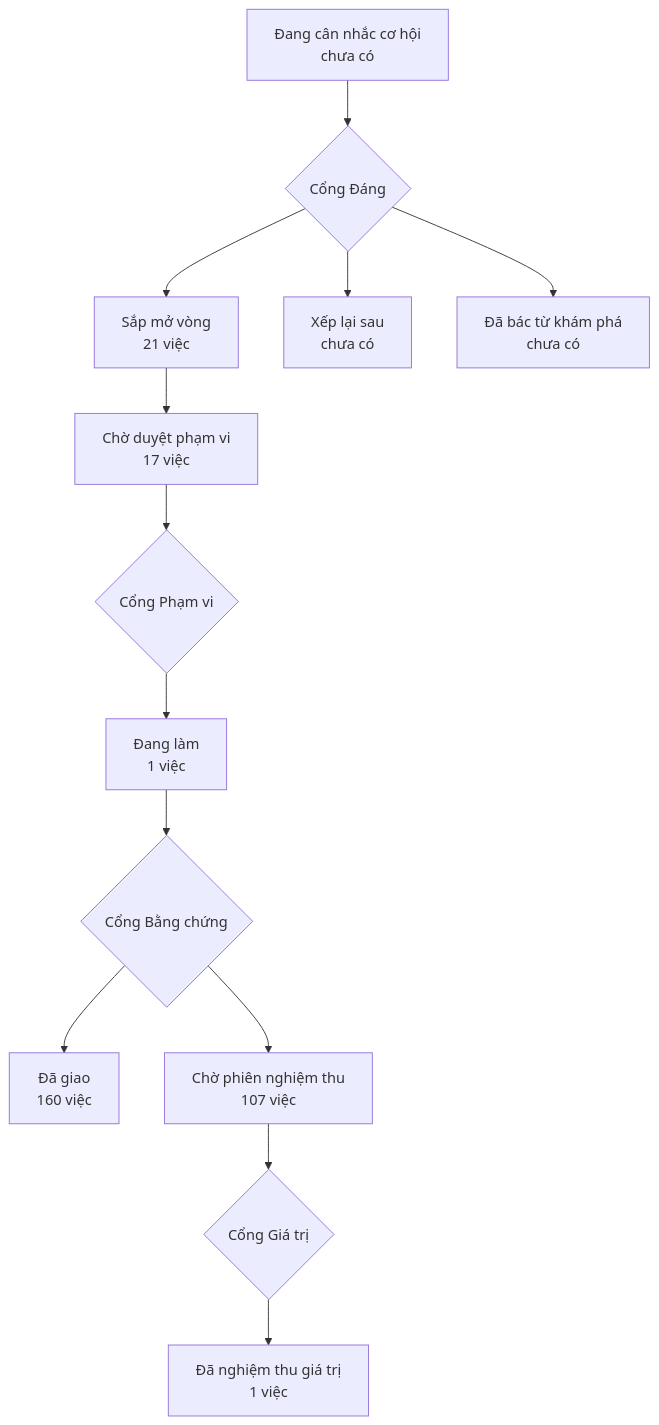
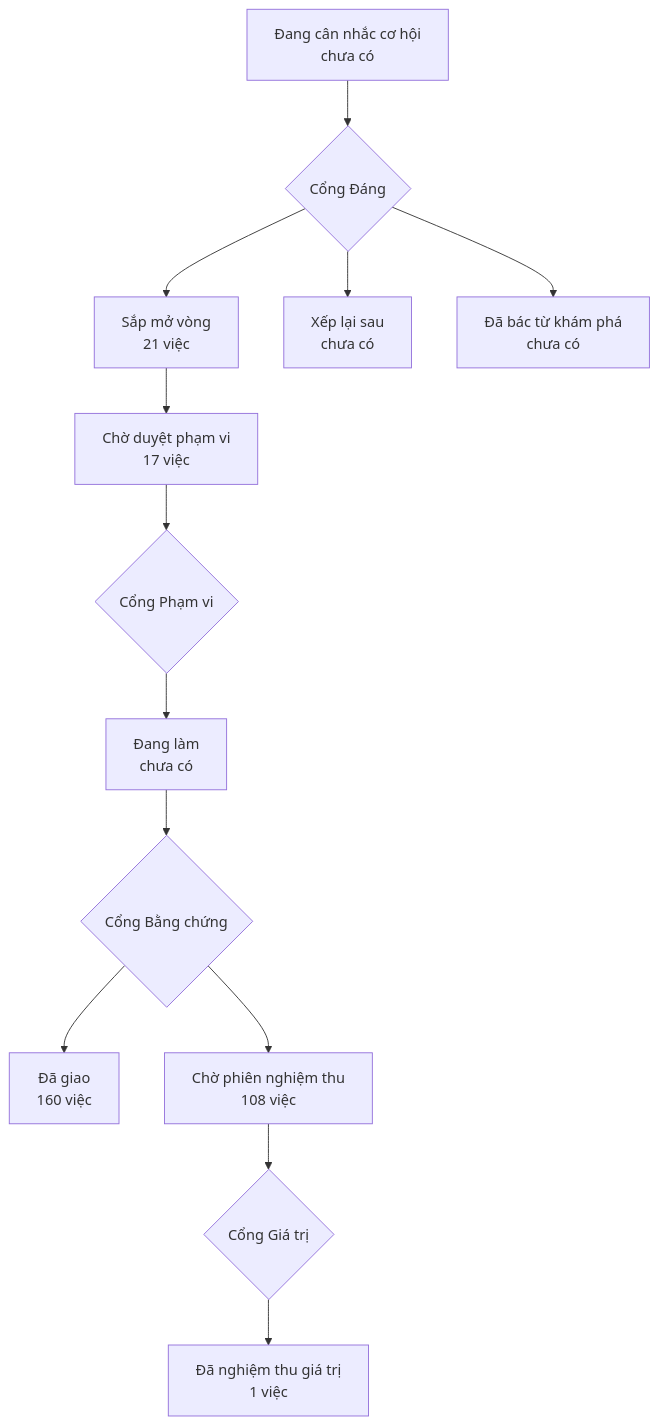
Before and after one commit to phanlemanh/onehub-invest: the diagram in PRODUCT-MAP.md, drawn with Mermaid. The commit also changed other lines of this file and 4 other files, not shown here.

````diff
--- a/PRODUCT-MAP.md
+++ b/PRODUCT-MAP.md
@@ -7,12 +7,12 @@
 ```mermaid
 flowchart TD
   A["Đang cân nhắc cơ hội<br/>chưa có"] --> GD{"Cổng Đáng"}
   GD --> B["Sắp mở vòng<br/>21 việc"]
   GD --> XL["Xếp lại sau<br/>chưa có"]
   GD --> DB["Đã bác từ khám phá<br/>chưa có"]
   B --> CD["Chờ duyệt phạm vi<br/>17 việc"] --> GP{"Cổng Phạm vi"}
-  GP --> DL["Đang làm<br/>1 việc"] --> GB{"Cổng Bằng chứng"}
+  GP --> DL["Đang làm<br/>chưa có"] --> GB{"Cổng Bằng chứng"}
   GB --> DG["Đã giao<br/>160 việc"]
-  GB --> CN["Chờ phiên nghiệm thu<br/>107 việc"] --> GG{"Cổng Giá trị"}
+  GB --> CN["Chờ phiên nghiệm thu<br/>108 việc"] --> GG{"Cổng Giá trị"}
   GG --> NT["Đã nghiệm thu giá trị<br/>1 việc"]
 ```
````
